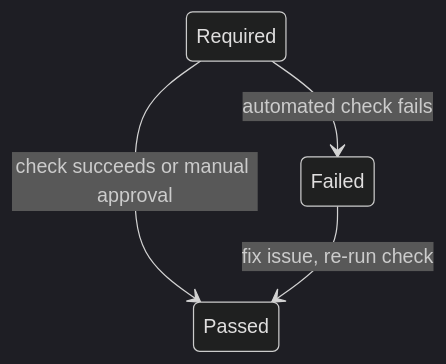
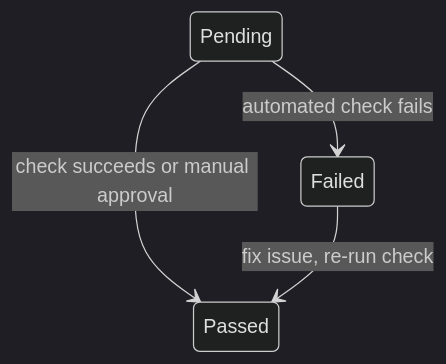
The fourth of 9 diagrams in docs/concepts/core-model.md (erankavija/just-in-time), drawn with Mermaid (dark theme) before and after one commit. The commit also changed other lines of this file and 69 other files, not shown here.

````diff
--- a/docs/concepts/core-model.md
+++ b/docs/concepts/core-model.md
@@ -529,6 +532,6 @@
 ```mermaid
 stateDiagram-v2
-    Required --> Passed: check succeeds or manual approval
-    Required --> Failed: automated check fails
+    Pending --> Passed: check succeeds or manual approval
+    Pending --> Failed: automated check fails
     Failed --> Passed: fix issue, re-run check
 ```
````
